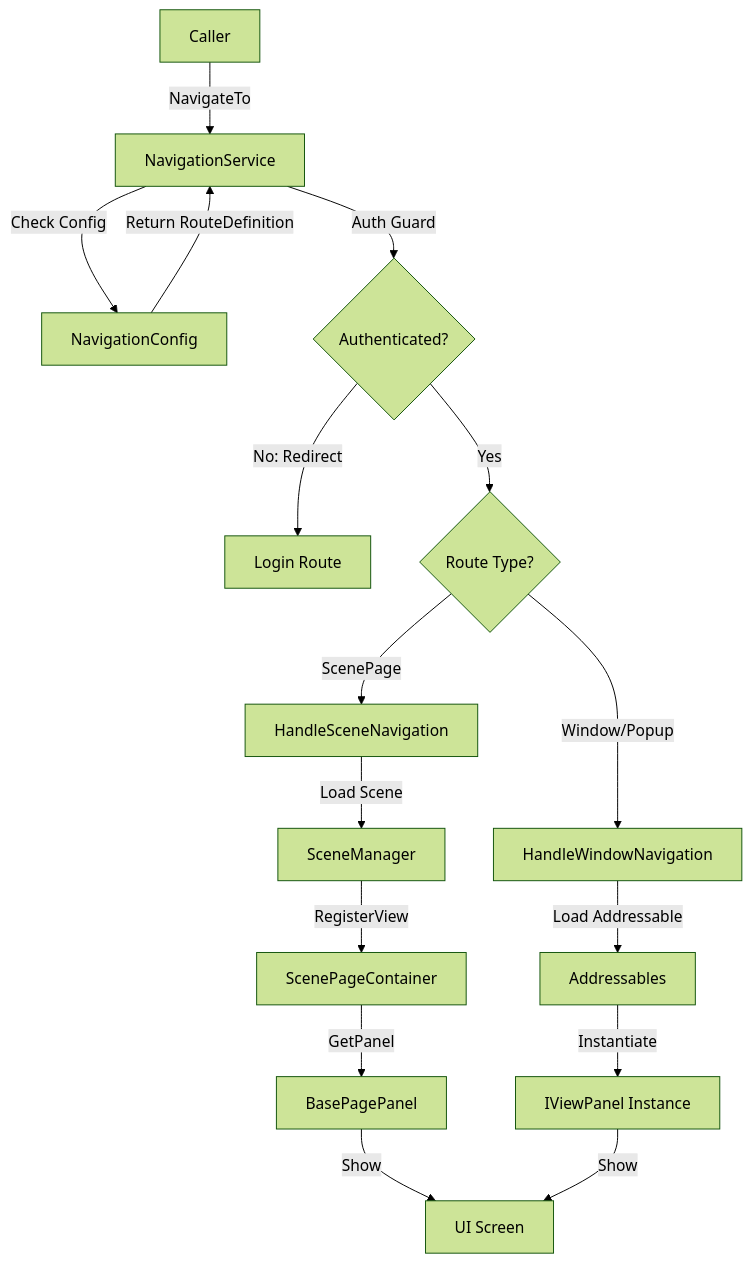
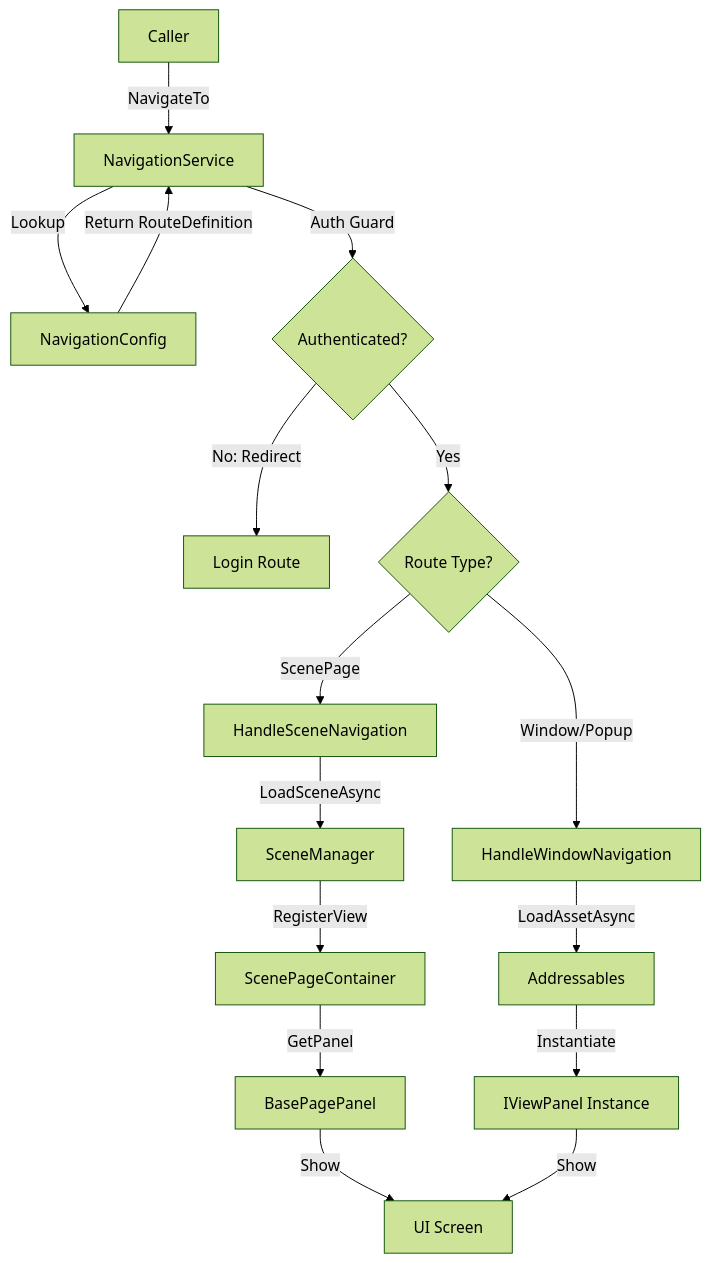
The diagram in Documentation/Navigation System.md (dimasrizky29/game-navigation-service), drawn with Mermaid (forest theme) before and after one commit. The commit also changed other lines of this file and 86 other files, not shown here.

````diff
--- a/Documentation/Navigation System.md
+++ b/Documentation/Navigation System.md
@@ -41,23 +56,23 @@
 ```mermaid
 graph TD
     A[Caller] -->|NavigateTo| B[NavigationService]
-    B -->|Check Config| C[NavigationConfig]
+    B -->|Lookup| C[NavigationConfig]
     C -->|Return RouteDefinition| B
     B -->|Auth Guard| D{Authenticated?}
 
     D -->|No: Redirect| E[Login Route]
     D -->|Yes| F{Route Type?}
 
     F -->|ScenePage| G[HandleSceneNavigation]
     F -->|Window/Popup| H[HandleWindowNavigation]
 
-    G -->|Load Scene| I[SceneManager]
+    G -->|LoadSceneAsync| I[SceneManager]
     I -->|RegisterView| J[ScenePageContainer]
     J -->|GetPanel| K[BasePagePanel]
 
-    H -->|Load Addressable| L[Addressables]
+    H -->|LoadAssetAsync| L[Addressables]
     L -->|Instantiate| M[IViewPanel Instance]
 
     K -->|Show| N[UI Screen]
     M -->|Show| N
 ```
````
